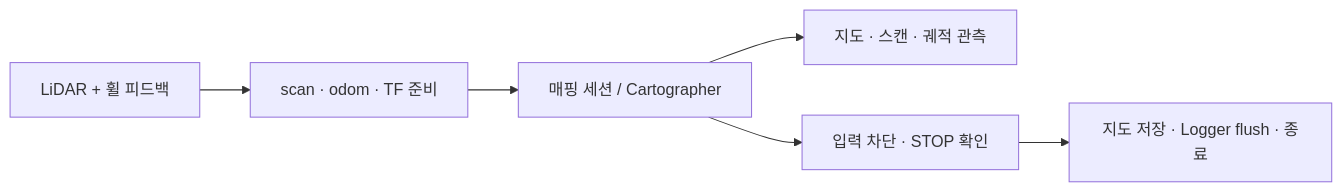
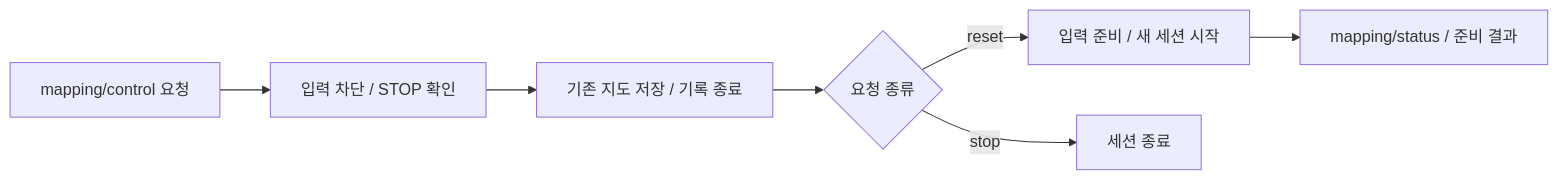
One commit to asm17-moving-agent/cleany changed the diagram in ros2_ws/src/cleany_navigation/docs/mapping.md. Above: the diagram before and after it, drawn with Mermaid. The commit also changed other lines of this file and 56 other files, not shown here.

````diff
--- a/ros2_ws/src/cleany_navigation/docs/mapping.md
+++ b/ros2_ws/src/cleany_navigation/docs/mapping.md
@@ -3,8 +3,9 @@
 ```mermaid
 flowchart LR
-  Sensors["LiDAR + 휠 피드백"] --> Ready["scan · odom · TF 준비"]
-  Ready --> Session["매핑 세션 / Cartographer"]
-  Session --> View["지도 · 스캔 · 궤적 관측"]
-  Session --> Stop["입력 차단 · STOP 확인"]
-  Stop --> Save["지도 저장 · Logger flush · 종료"]
+  Request["mapping/control 요청"] --> Stop["입력 차단 / STOP 확인"]
+  Stop --> Save["기존 지도 저장 / 기록 종료"]
+  Save --> Operation{"요청 종류"}
+  Operation -->|reset| Ready["입력 준비 / 새 세션 시작"]
+  Operation -->|stop| Done["세션 종료"]
+  Ready --> Status["mapping/status / 준비 결과"]
 ```
````
